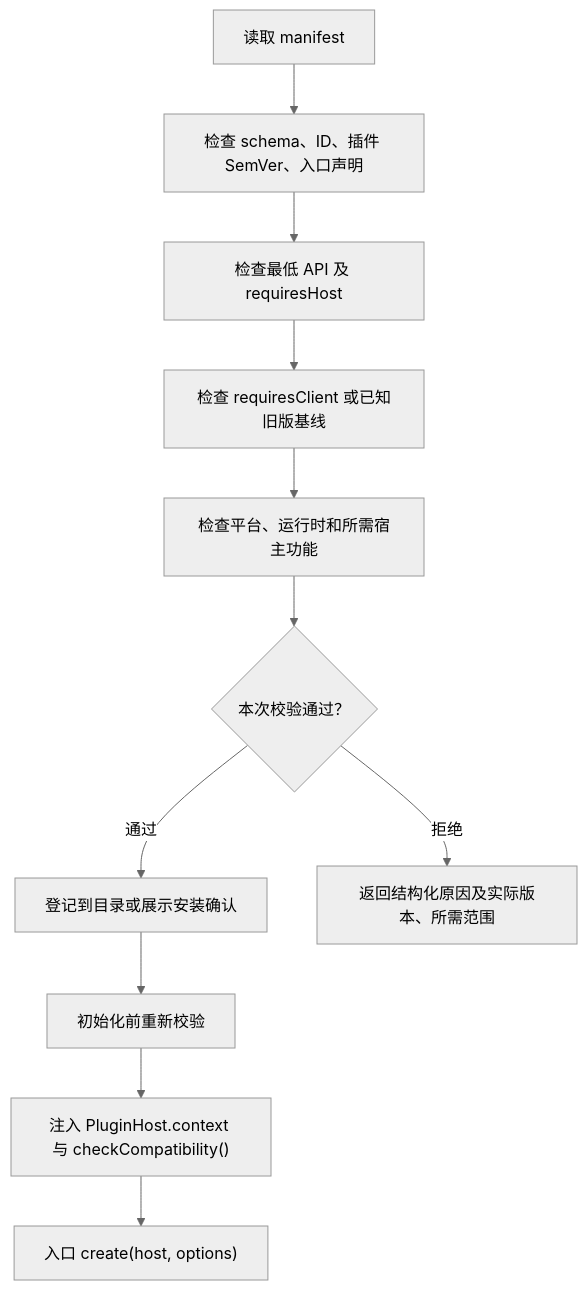
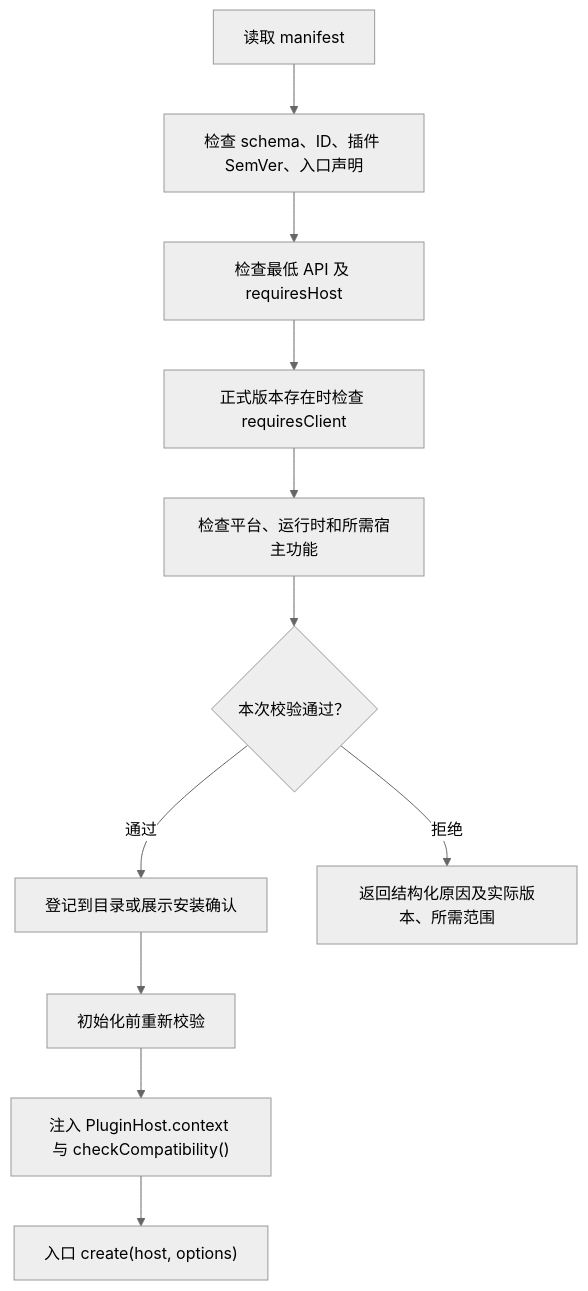
One commit to MikeQu223/Rhine-Music-Database changed the second of 7 diagrams in docs/插件系统.md. Above: the diagram before and after it, drawn with Mermaid (neutral theme). The commit also changed other lines of this file and 12 other files, not shown here.

````diff
--- a/docs/插件系统.md
+++ b/docs/插件系统.md
@@ -63,13 +63,13 @@
 ```mermaid
 flowchart TD
     M["读取 manifest"] --> S["检查 schema、ID、插件 SemVer、入口声明"]
     S --> API["检查最低 API 及 requiresHost"]
-    API --> Client["检查 requiresClient 或已知旧版基线"]
+    API --> Client["正式版本存在时检查 requiresClient"]
     Client --> Env["检查平台、运行时和所需宿主功能"]
     Env --> Result{"本次校验通过？"}
     Result -->|"通过"| Accept["登记到目录或展示安装确认"]
     Result -->|"拒绝"| Error["返回结构化原因及实际版本、所需范围"]
     Accept --> Load["初始化前重新校验"]
     Load --> Context["注入 PluginHost.context 与 checkCompatibility()"]
     Context --> Create["入口 create(host, options)"]
 ```
````
